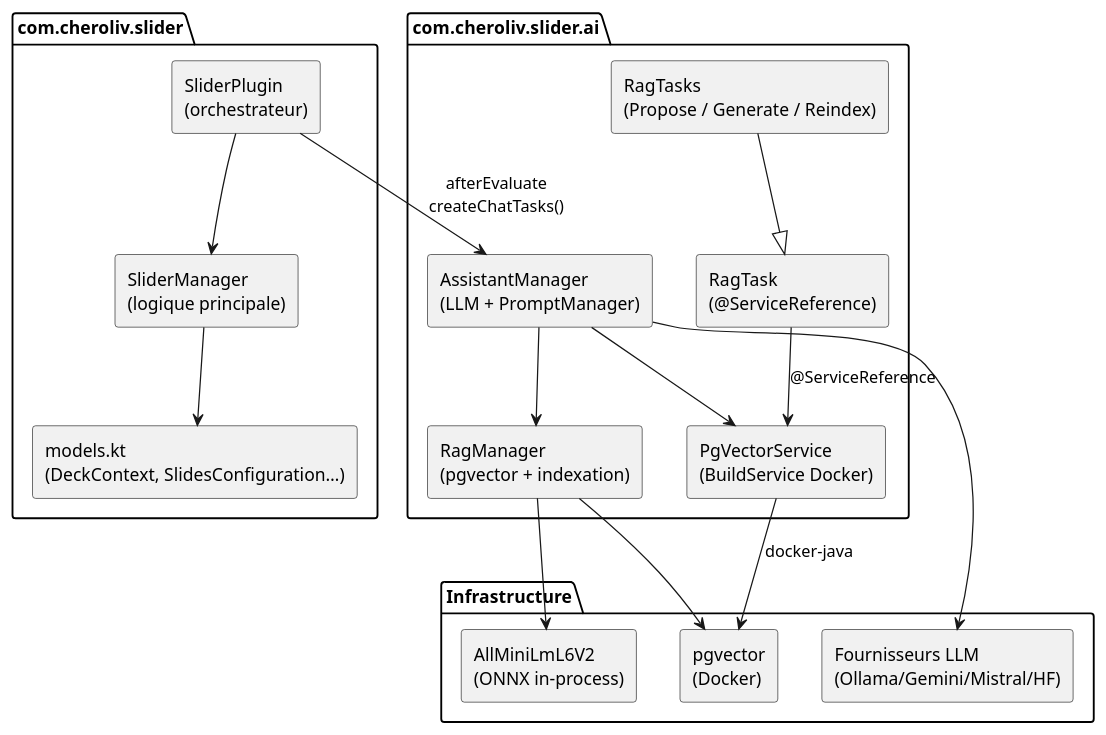
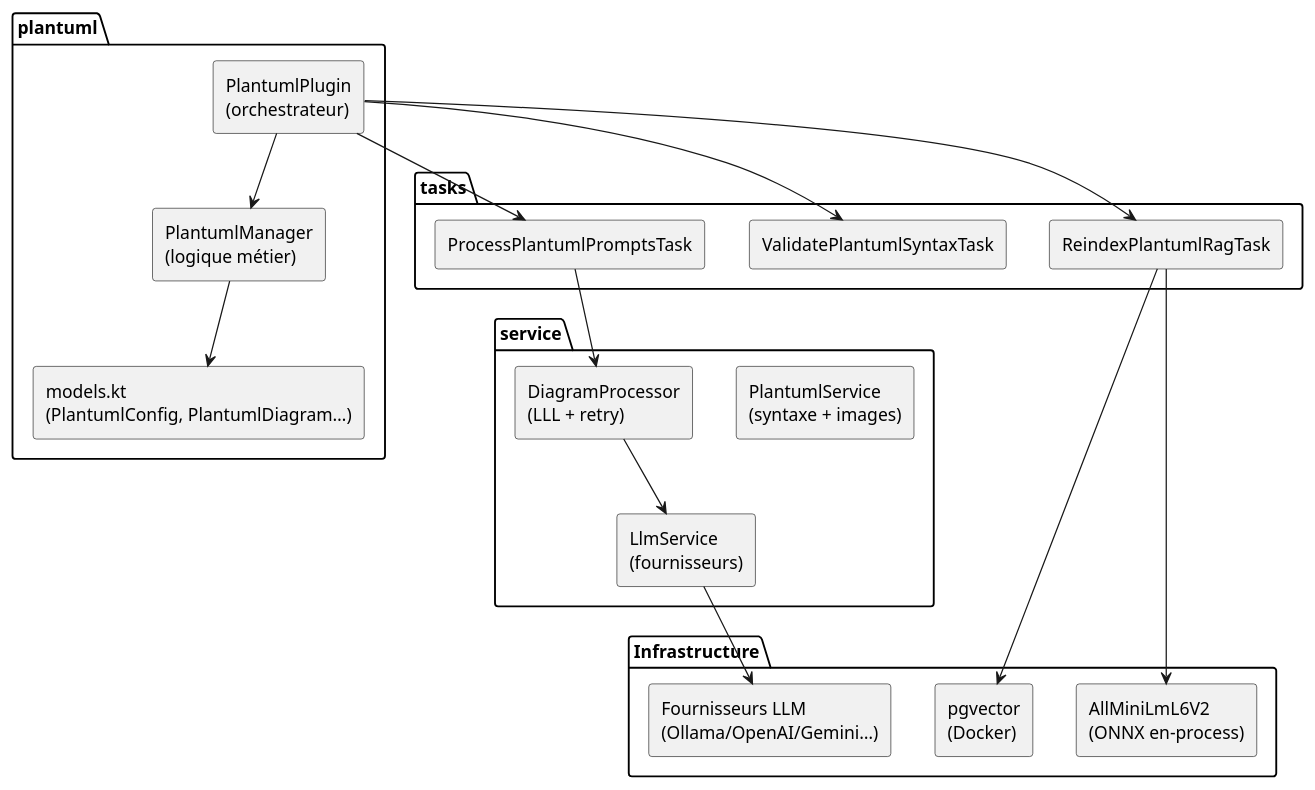
Before and after one commit to cheroliv/plantuml-gradle: the first of 4 diagrams in plantuml-plugin/README_truth_fr.adoc, drawn with PlantUML. The commit also changed other lines of this file and 8 other files, not shown here.

Commit message:
Rename plugin from Slider to PlantUML and update documentation to reflect new focus on AI-driven PlantUML diagram generation.

```diff
--- a/plantuml-plugin/README_truth_fr.adoc
+++ b/plantuml-plugin/README_truth_fr.adoc
@@ -68,38 +69,41 @@
 [plantuml]
 ----
 @startuml
 skinparam componentStyle rectangle
 
-package "com.cheroliv.slider" {
-  component "SliderPlugin\n(orchestrateur)" as Plugin
-  component "SliderManager\n(logique principale)" as Manager
-  component "models.kt\n(DeckContext, SlidesConfiguration…)" as Models
+package "plantuml" {
+  component "PlantumlPlugin\n(orchestrateur)" as Plugin
+  component "PlantumlManager\n(logique métier)" as Manager
+  component "models.kt\n(PlantumlConfig, PlantumlDiagram…)" as Models
 }
 
-package "com.cheroliv.slider.ai" {
-  component "AssistantManager\n(LLM + PromptManager)" as AM
-  component "RagManager\n(pgvector + indexation)" as RM
-  component "PgVectorService\n(BuildService Docker)" as PGS
-  component "RagTask\n(@ServiceReference)" as RT
-  component "RagTasks\n(Propose / Generate / Reindex)" as RTS
+package "service" {
+  component "PlantumlService\n(syntaxe + images)" as PS
+  component "DiagramProcessor\n(LLL + retry)" as DP
+  component "LlmService\n(fournisseurs)" as LS
+}
+
+package "tasks" {
+  component "ProcessPlantumlPromptsTask" as PPT
+  component "ValidatePlantumlSyntaxTask" as VST
+  component "ReindexPlantumlRagTask" as RRT
 }
 
 package "Infrastructure" {
   component "pgvector\n(Docker)" as PG
-  component "AllMiniLmL6V2\n(ONNX in-process)" as Embed
-  component "Fournisseurs LLM\n(Ollama/Gemini/Mistral/HF)" as LLM
+  component "AllMiniLmL6V2\n(ONNX en-process)" as Embed
+  component "Fournisseurs LLM\n(Ollama/OpenAI/Gemini…)" as LLM
 }
 
 Plugin --> Manager
-Plugin --> AM : afterEvaluate\ncreateChatTasks()
+Plugin --> PPT
+Plugin --> VST
+Plugin --> RRT
 Manager --> Models
-AM --> RM
-AM --> PGS
-AM --> LLM
-RTS --|> RT
-RT --> PGS : @ServiceReference
-RM --> PG
-RM --> Embed
-PGS --> PG : docker-java
+PPT --> DP
+DP --> LS
+LS --> LLM
+RRT --> PG
+RRT --> Embed
 @enduml
 ----
```
